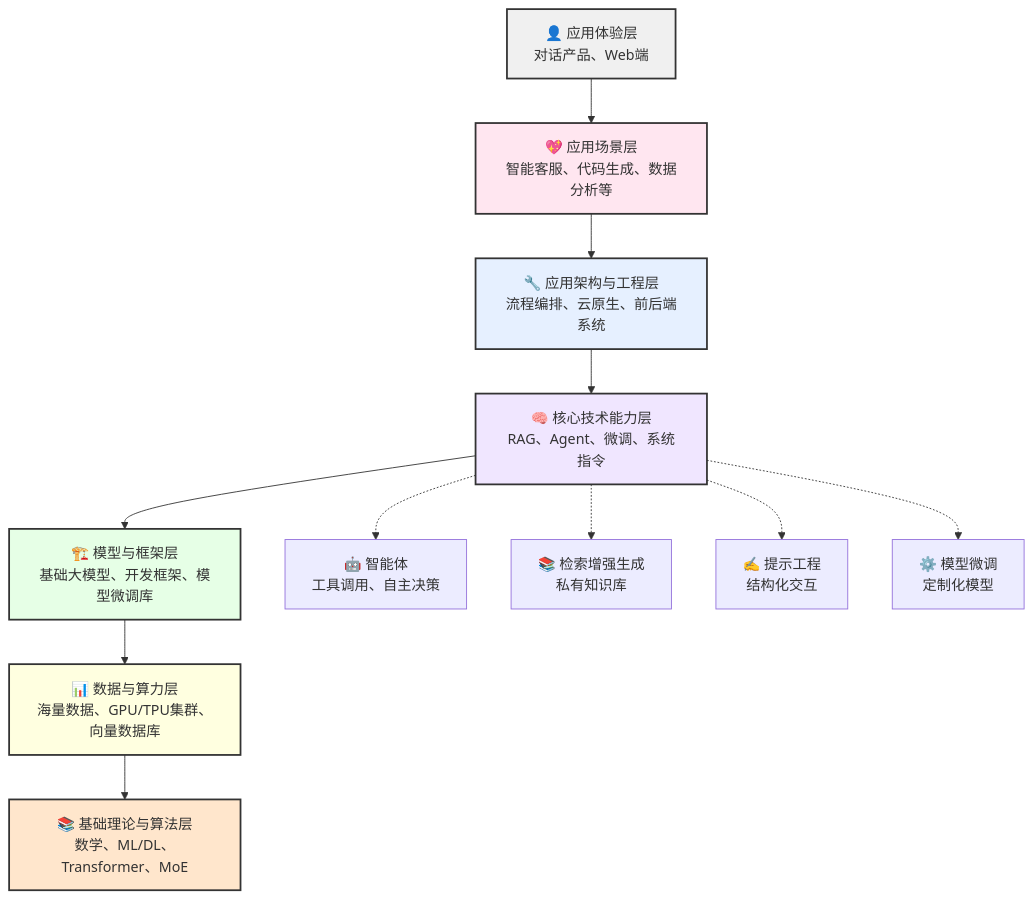
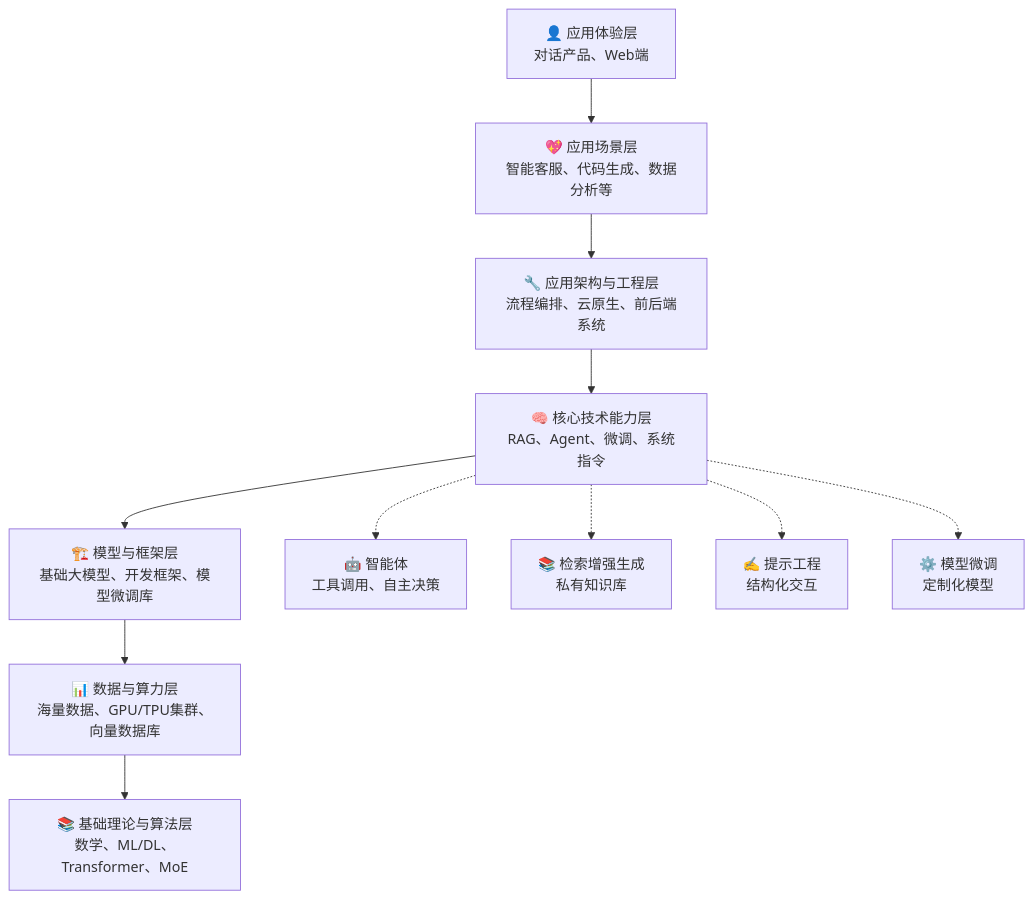
One commit to hbche/my-python-journey changed the diagram in LLM/self-learning/chapter-00/index.md. Above: the diagram before and after it, drawn with Mermaid. The commit also changed 5 other files, not shown here.

Commit message:
图解SKILL 阅读笔记

````diff
--- a/LLM/self-learning/chapter-00/index.md
+++ b/LLM/self-learning/chapter-00/index.md
@@ -5,22 +5,16 @@
 ```mermaid
 flowchart TD
     A[👤 应用体验层<br>对话产品、Web端] --> B[️💖 应用场景层<br>智能客服、代码生成、数据分析等]
     B --> C[🔧 应用架构与工程层<br>流程编排、云原生、前后端系统]
     C --> D[🧠 核心技术能力层<br>RAG、Agent、微调、系统指令]
     D --> E[🏗️ 模型与框架层<br>基础大模型、开发框架、模型微调库]
     E --> F[📊 数据与算力层<br>海量数据、GPU/TPU集群、向量数据库]
     F --> G[📚 基础理论与算法层<br>数学、ML/DL、Transformer、MoE]
-    
+
     D -.-> H[🤖 智能体<br>工具调用、自主决策]
     D -.-> I[📚 检索增强生成<br>私有知识库]
     D -.-> J[✍️ 提示工程<br>结构化交互]
     D -.-> K[⚙️ 模型微调<br>定制化模型]
 
-    style A fill:#f0f0f0,stroke:#333,stroke-width:2px
-    style B fill:#ffe6f0,stroke:#333,stroke-width:2px
-    style C fill:#e6f0ff,stroke:#333,stroke-width:2px
-    style D fill:#f0e6ff,stroke:#333,stroke-width:2px
-    style E fill:#e6ffe6,stroke:#333,stroke-width:2px
-    style F fill:#ffffe0,stroke:#333,stroke-width:2px
-    style G fill:#ffe6cc,stroke:#333,stroke-width:2px
+    
 ```
````
